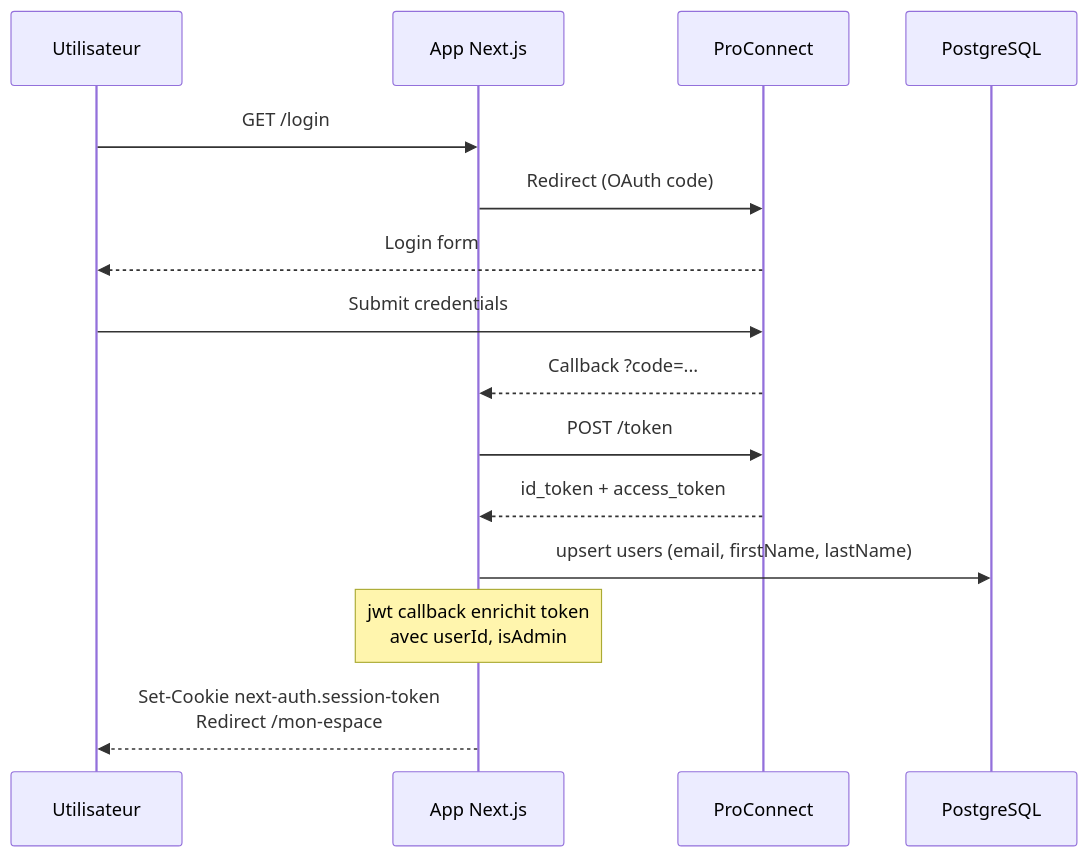
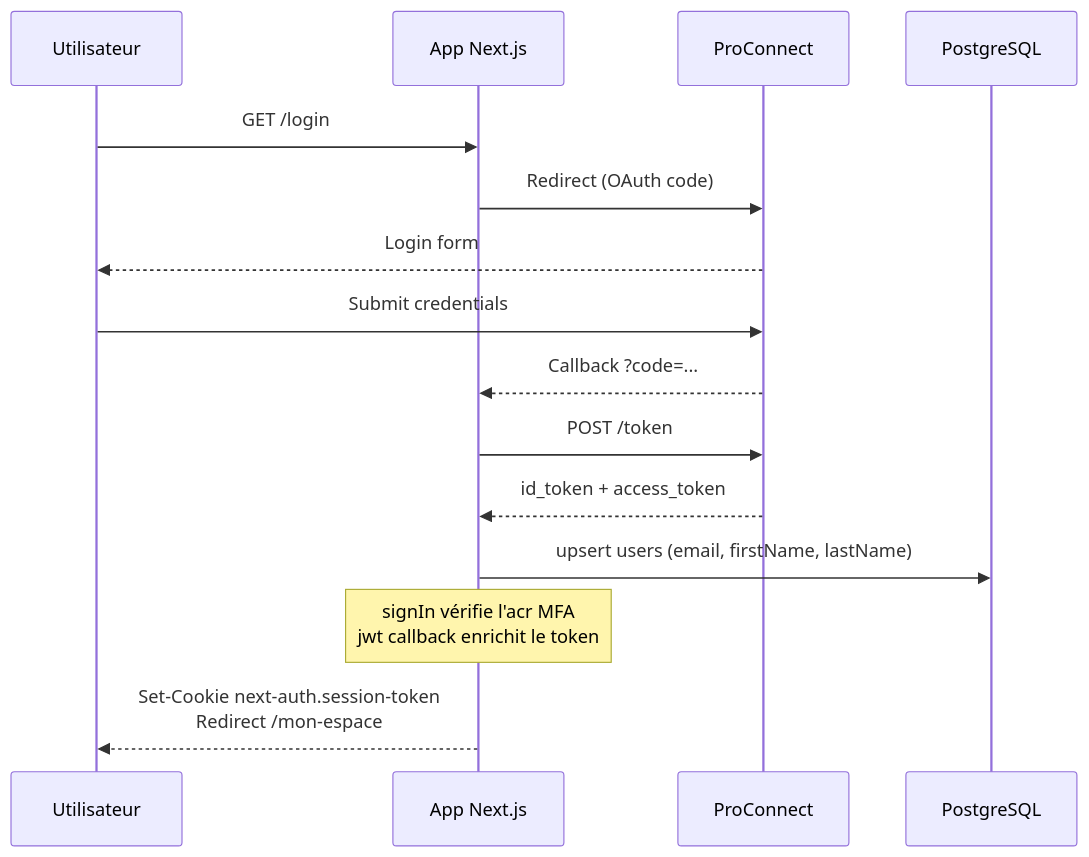
Before and after one commit to SocialGouv/egapro: the second of 6 diagrams in docs/architecture.md, drawn with Mermaid. The commit also changed other lines of this file and 24 other files, not shown here.

````diff
--- a/docs/architecture.md
+++ b/docs/architecture.md
@@ -272,18 +272,18 @@
 ```mermaid
 sequenceDiagram
     participant User as Utilisateur
     participant App as App Next.js
     participant PC as ProConnect
     participant DB as PostgreSQL
 
     User->>App: GET /login
     App->>PC: Redirect (OAuth code)
     PC-->>User: Login form
     User->>PC: Submit credentials
     PC-->>App: Callback ?code=...
     App->>PC: POST /token
     PC-->>App: id_token + access_token
     App->>DB: upsert users (email, firstName, lastName)
-    Note over App: jwt callback enrichit token<br/>avec userId, isAdmin
+    Note over App: signIn vérifie l'acr MFA<br/>jwt callback enrichit le token
     App-->>User: Set-Cookie next-auth.session-token<br/>Redirect /mon-espace
 ```
````
